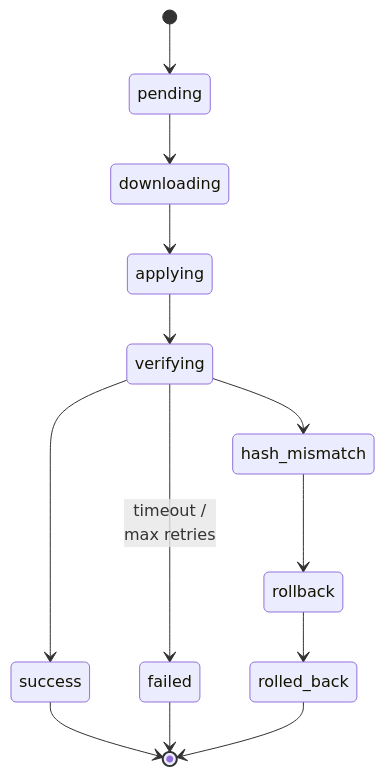
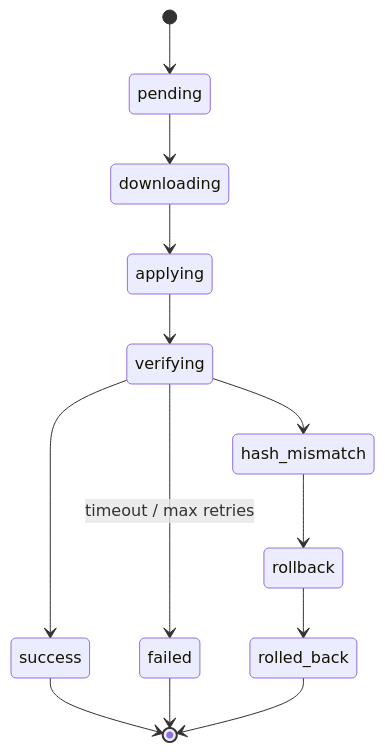
One commit to yevano09/fleet-management changed the second of 2 diagrams in README.md. Above: the diagram before and after it, drawn with Mermaid. The commit also changed other lines of this file and 3 other files, not shown here.

Commit message:
Updates diagrams - via mermaid <br>

````diff
--- a/README.md
+++ b/README.md
@@ -47,15 +47,15 @@
 ```mermaid
 stateDiagram-v2
     [*] --> pending
     pending --> downloading
     downloading --> applying
     applying --> verifying
     verifying --> success
     verifying --> hash_mismatch
     hash_mismatch --> rollback
     rollback --> rolled_back
-    verifying --> failed : timeout /<br/>max retries
+    verifying --> failed : timeout / max retries
     success --> [*]
     failed --> [*]
     rolled_back --> [*]
 ```
````
